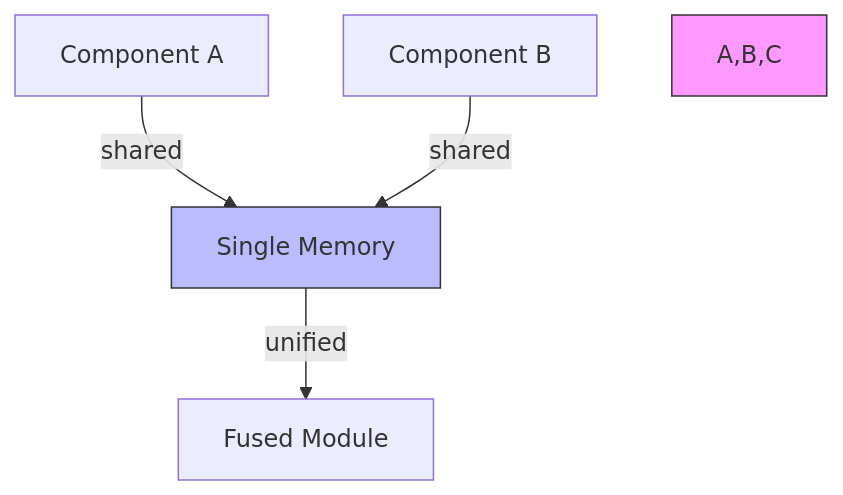
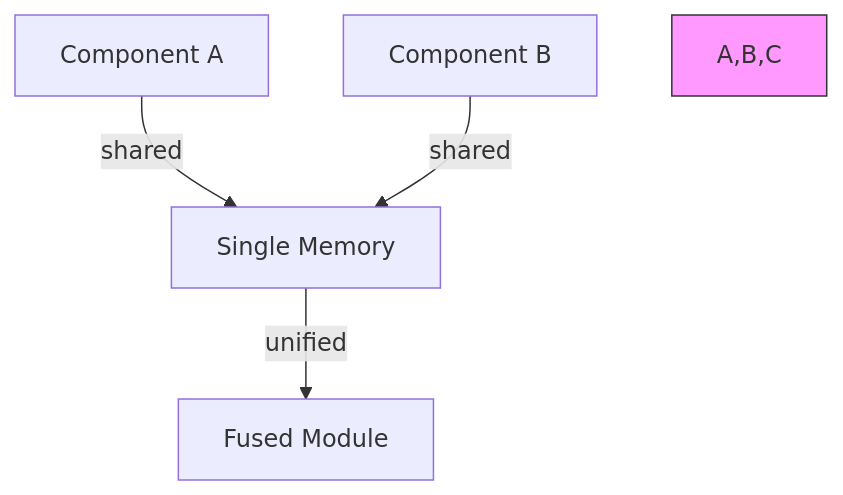
One commit to pulseengine/meld changed the eighth of 13 diagrams in meld-core/ARCHITECTURE.md. Above: the diagram before and after it, drawn with Mermaid. The commit also changed other lines of this file, not shown here.

First line of the commit message:
fix(docs): standardize Mermaid diagrams and fix syntax errors

````diff
--- a/meld-core/ARCHITECTURE.md
+++ b/meld-core/ARCHITECTURE.md
@@ -249,9 +255,9 @@
 ```mermaid
 flowchart TD
     A[Component A] -->|shared| M[Single Memory]
     B[Component B] -->|shared| M
     M -->|unified| C[Fused Module]
 
     style A,B,C fill:#f9f,stroke:#333
-    style M fill:#bbf,stroke:#333
+    class M runtimeFill
 ```
````
